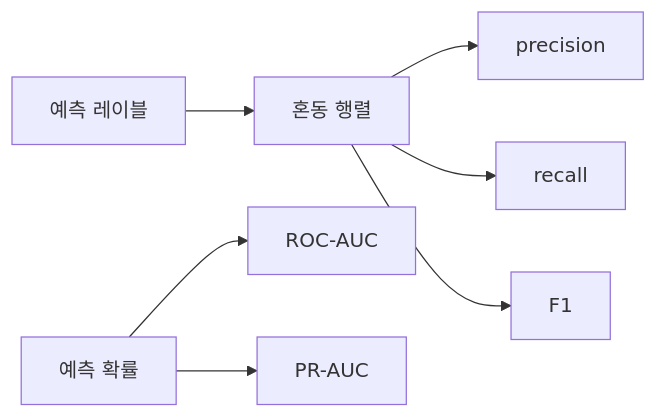
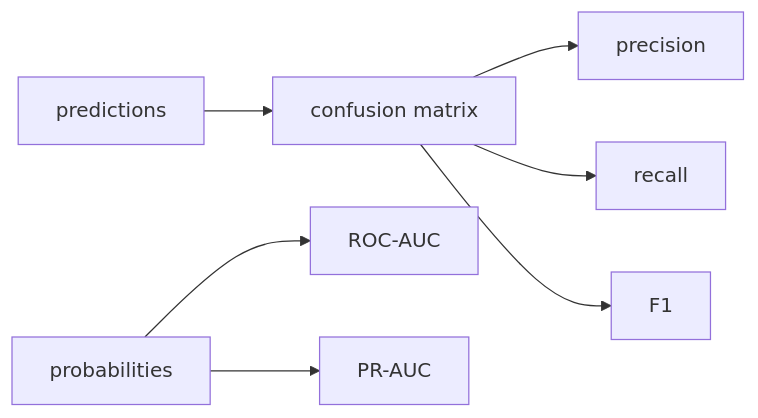
Before and after one commit to yeongseon-books/book-content: the diagram in content/machine-learning-101/ko/09-model-evaluation.md, drawn with Mermaid. The commit also changed other lines of this file and 9 other files, not shown here.

````diff
--- a/content/machine-learning-101/ko/09-model-evaluation.md
+++ b/content/machine-learning-101/ko/09-model-evaluation.md
@@ -47,9 +45,9 @@
 ```mermaid
 flowchart LR
-    Pred["예측 레이블"] --> CM["혼동 행렬"]
+    Pred["predictions"] --> CM["confusion matrix"]
     CM --> P["precision"]
     CM --> R["recall"]
     CM --> F["F1"]
-    Prob["예측 확률"] --> ROC["ROC-AUC"]
+    Prob["probabilities"] --> ROC["ROC-AUC"]
     Prob --> PR["PR-AUC"]
 ```
````
